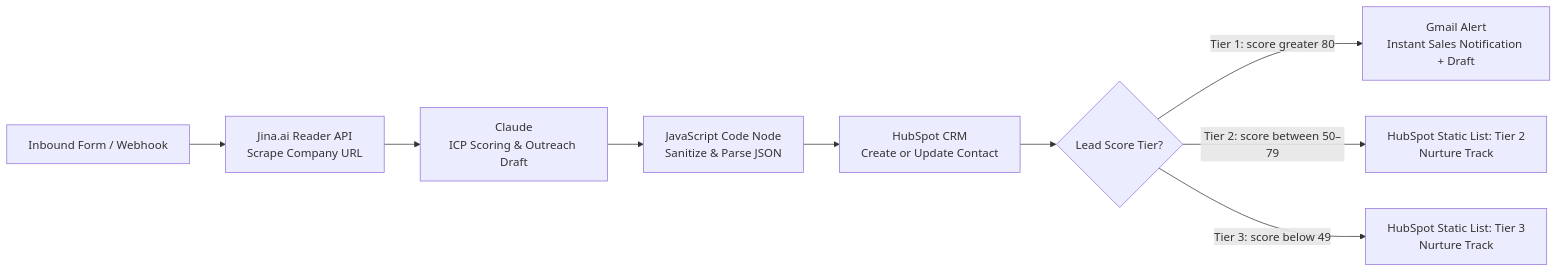
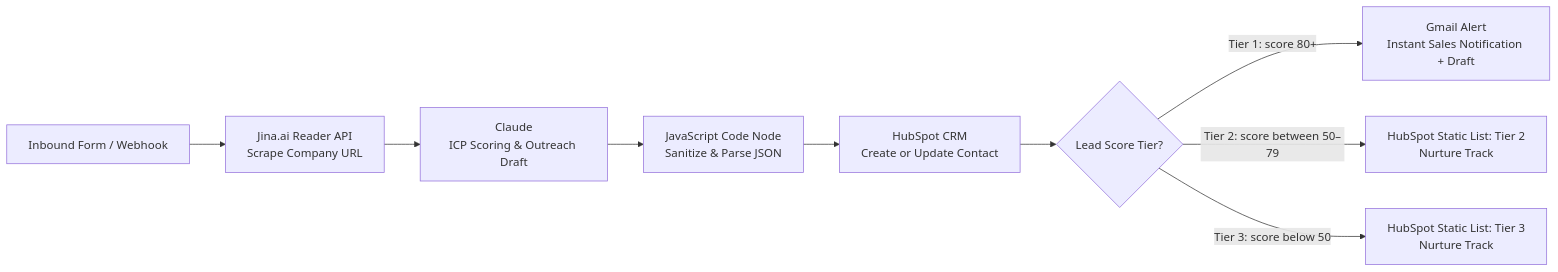
One commit to jlittle1994/ai-lead-enrichment-routing changed the diagram in README.md. Above: the diagram before and after it, drawn with Mermaid. The commit also changed other lines of this file, not shown here.

````diff
--- a/README.md
+++ b/README.md
@@ -25,11 +26,11 @@
 ```mermaid
 flowchart LR
     A[Inbound Form / Webhook] --> B[Jina.ai Reader API<br>Scrape Company URL]
     B --> C[Claude<br>ICP Scoring & Outreach Draft]
     C --> D[JavaScript Code Node<br>Sanitize & Parse JSON]
     D --> E[HubSpot CRM<br>Create or Update Contact]
     E --> F{Lead Score Tier?}
-    F -- "Tier 1: score greater 80" --> G[Gmail Alert<br>Instant Sales Notification + Draft]
+    F -- "Tier 1: score 80+" --> G[Gmail Alert<br>Instant Sales Notification + Draft]
     F -- "Tier 2: score between 50–79" --> H[HubSpot Static List: Tier 2<br>Nurture Track]
-    F -- "Tier 3: score below 49" --> I[HubSpot Static List: Tier 3<br>Nurture Track]
+    F -- "Tier 3: score below 50" --> I[HubSpot Static List: Tier 3<br>Nurture Track]
 ```
````
